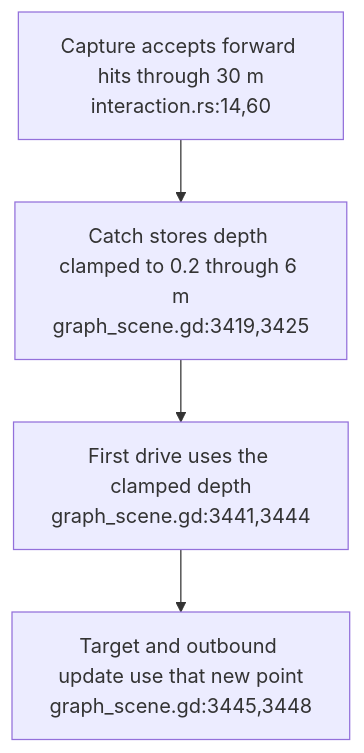
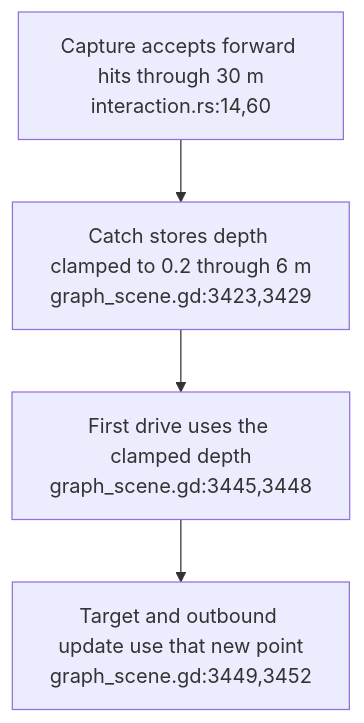
The fourth of 6 diagrams in docs/diagrams/visionclaw/53-xr-grab-lifetimes-and-input.md (DreamLab-AI/VisionFlow), drawn with Mermaid before and after one commit. The commit also changed other lines of this file and 173 other files, not shown here.

````diff
--- a/docs/diagrams/visionclaw/53-xr-grab-lifetimes-and-input.md
+++ b/docs/diagrams/visionclaw/53-xr-grab-lifetimes-and-input.md
@@ -66,6 +66,6 @@
 ```mermaid
 flowchart TD
-    RAY["Capture accepts forward hits through 30 m<br/>interaction.rs:14,60"] --> START["Catch stores depth clamped to 0.2 through 6 m<br/>graph_scene.gd:3419,3425"]
-    START --> DRIVE["First drive uses the clamped depth<br/>graph_scene.gd:3441,3444"]
-    DRIVE --> TARGET["Target and outbound update use that new point<br/>graph_scene.gd:3445,3448"]
+    RAY["Capture accepts forward hits through 30 m<br/>interaction.rs:14,60"] --> START["Catch stores depth clamped to 0.2 through 6 m<br/>graph_scene.gd:3423,3429"]
+    START --> DRIVE["First drive uses the clamped depth<br/>graph_scene.gd:3445,3448"]
+    DRIVE --> TARGET["Target and outbound update use that new point<br/>graph_scene.gd:3449,3452"]
 ```
````
